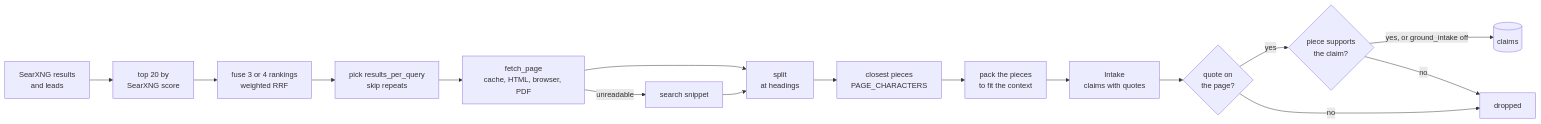
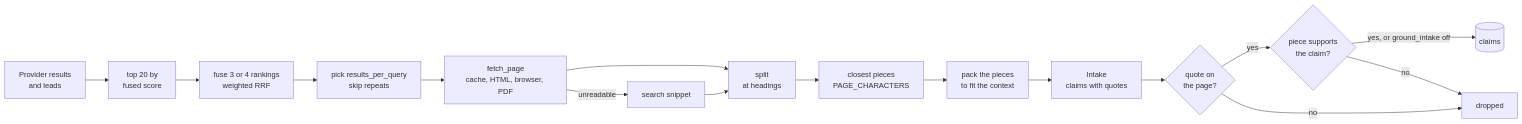
The fourth of 5 diagrams in docs/research.md (brewcoua/kvasir), drawn with Mermaid before and after one commit. The commit also changed other lines of this file and 3 other files, not shown here.

````diff
--- a/docs/research.md
+++ b/docs/research.md
@@ -296,26 +296,26 @@
 ```mermaid
 flowchart LR
-    search["SearXNG results<br/>and leads"]
-    pool["top 20 by<br/>SearXNG score"]
+    search["Provider results<br/>and leads"]
+    pool["top 20 by<br/>fused score"]
     fuse["fuse 3 or 4 rankings<br/>weighted RRF"]
     pick["pick results_per_query<br/>skip repeats"]
     fetch["fetch_page<br/>cache, HTML, browser, PDF"]
     snippet["search snippet"]
     split["split<br/>at headings"]
     filter["closest pieces<br/>PAGE_CHARACTERS"]
     pack["pack the pieces<br/>to fit the context"]
     intake["Intake<br/>claims with quotes"]
     quote{"quote on<br/>the page?"}
     ground{"piece supports<br/>the claim?"}
     store[("claims")]
     drop["dropped"]
 
     search --> pool --> fuse --> pick --> fetch
     fetch --> split
     fetch -- unreadable --> snippet --> split
     split --> filter --> pack --> intake --> quote
     quote -- yes --> ground
     quote -- no --> drop
     ground -- yes, or ground_intake off --> store
     ground -- no --> drop
 ```
````
